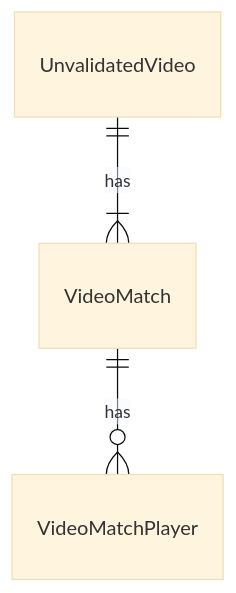
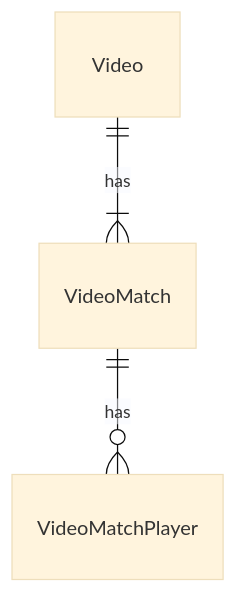
Before and after one commit to sendou-ink/sendou.ink: diagram 16 of 16 in docs/dev/database-relations.md, drawn with Mermaid (base theme). The commit also changed other lines of this file and 29 other files, not shown here.

````diff
--- a/docs/dev/database-relations.md
+++ b/docs/dev/database-relations.md
@@ -234,5 +234,5 @@
 ```mermaid
 erDiagram
-    UnvalidatedVideo ||--|{ VideoMatch : has
+    Video ||--|{ VideoMatch : has
     VideoMatch ||--o{ VideoMatchPlayer : has
 ```
````
